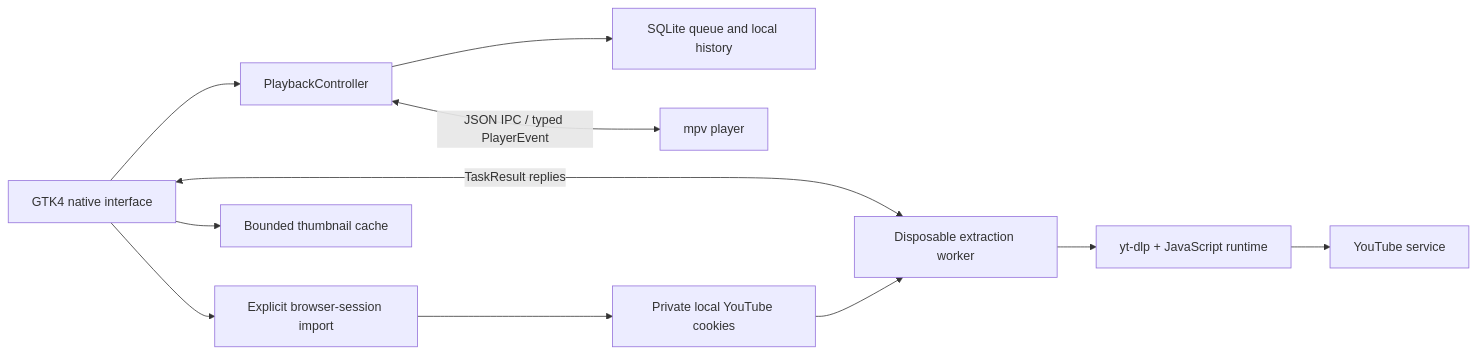
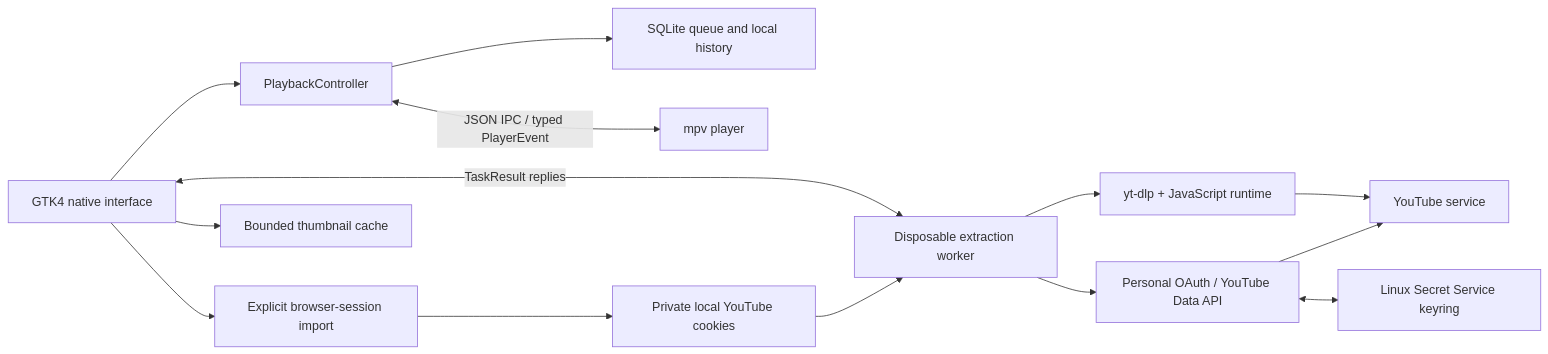
One commit to quiet-desktop-apps/QuietTube changed the diagram in docs/architecture.md. Above: the diagram before and after it, drawn with Mermaid. The commit also changed other lines of this file and 24 other files, not shown here.

First line of the commit message:
Add experimental personal OAuth setup with keyring storage (#5)

````diff
--- a/docs/architecture.md
+++ b/docs/architecture.md
@@ -12,13 +11,16 @@
 ```mermaid
 flowchart LR
     UI["GTK4 native interface"] --> Controller["PlaybackController"]
     Controller --> Store["SQLite queue and local history"]
     Controller <-->|"JSON IPC / typed PlayerEvent"| Player["mpv player"]
     UI <-->|"TaskResult replies"| Tasks["Disposable extraction worker"]
     Tasks --> Extractor["yt-dlp + JavaScript runtime"]
     Extractor --> YouTube["YouTube service"]
     UI --> Import["Explicit browser-session import"]
     Import --> Cookies["Private local YouTube cookies"]
     Cookies --> Tasks
+    Tasks --> API["Personal OAuth / YouTube Data API"]
+    API <--> Vault["Linux Secret Service keyring"]
+    API --> YouTube
     UI --> Thumbnails["Bounded thumbnail cache"]
 ```
````
